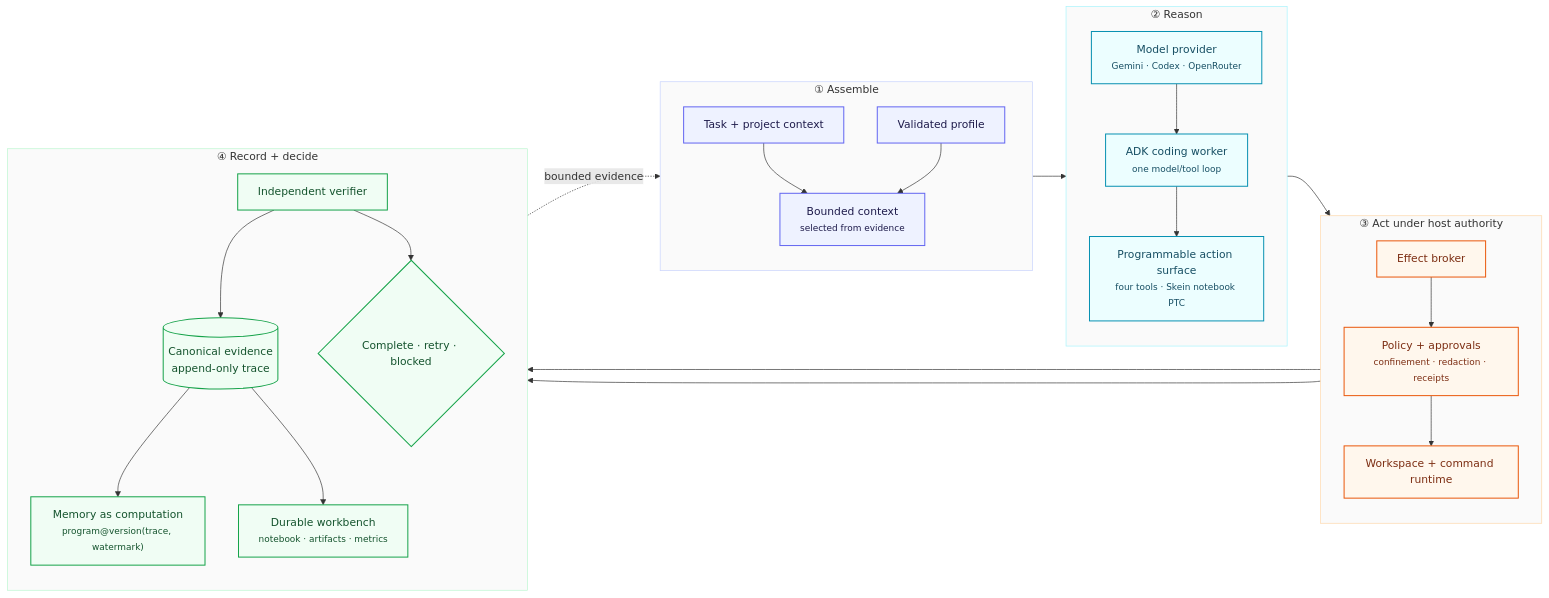
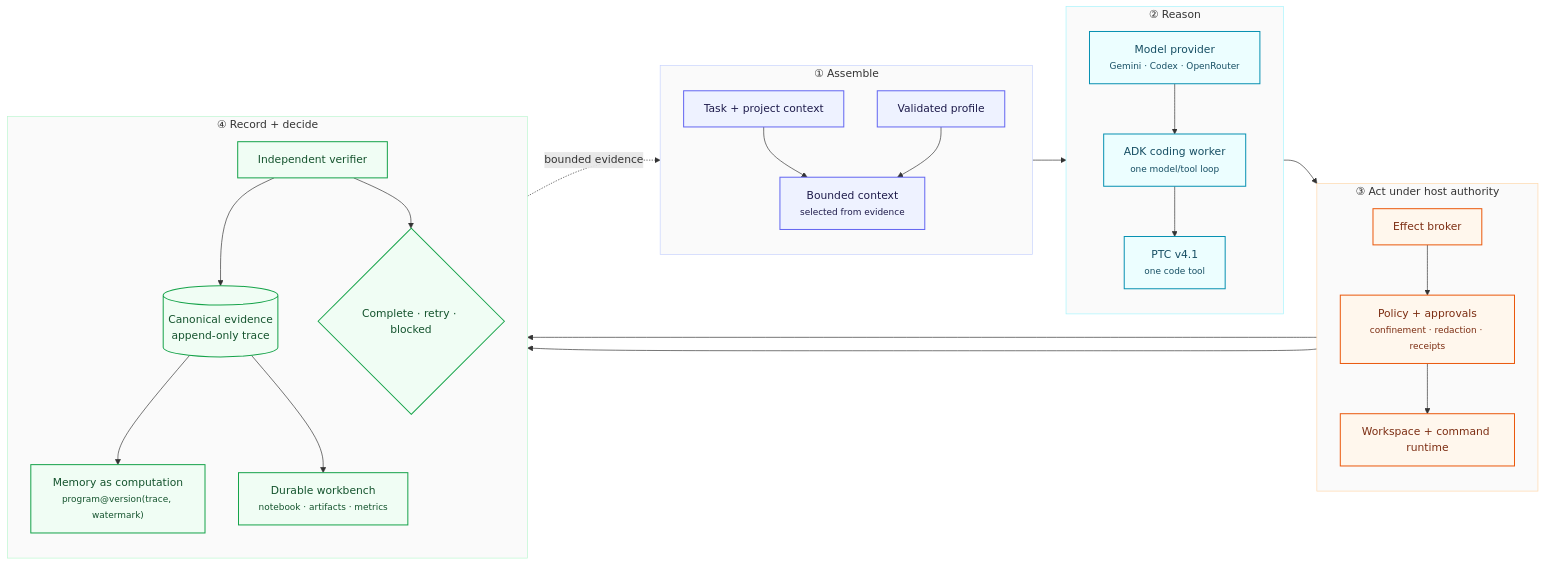
One commit to lmathia2/skein changed the diagram in docs/architecture.md. Above: the diagram before and after it, drawn with Mermaid. The commit also changed other lines of this file and 86 other files, not shown here.

Commit message:
Simplify Skein around ADK-native PTC

````diff
--- a/docs/architecture.md
+++ b/docs/architecture.md
@@ -19,62 +25,62 @@
 ```mermaid
 flowchart LR
     subgraph INPUT["① Assemble"]
         direction TB
         TASK["Task + project context"]
         CFG["Validated profile"]
         CTX["Bounded context<br/><small>selected from evidence</small>"]
         TASK --> CTX
         CFG --> CTX
     end
 
     subgraph CORE["② Reason"]
         direction TB
         MODEL["Model provider<br/><small>Gemini · Codex · OpenRouter</small>"]
         WORKER["ADK coding worker<br/><small>one model/tool loop</small>"]
-        MODE["Programmable action surface<br/><small>four tools · Skein notebook PTC</small>"]
+        MODE["PTC v4.1<br/><small>one code tool</small>"]
         MODEL --> WORKER
         WORKER --> MODE
     end
 
     subgraph CONTROL["③ Act under host authority"]
         direction TB
         BROKER["Effect broker"]
         POLICY["Policy + approvals<br/><small>confinement · redaction · receipts</small>"]
         RUNTIME["Workspace + command runtime"]
         MODE --> BROKER
         BROKER --> POLICY
         POLICY --> RUNTIME
     end
 
     subgraph EVIDENCE["④ Record + decide"]
         direction TB
         TRACE[("Canonical evidence<br/>append-only trace")]
         MEMORY["Memory as computation<br/><small>program@version(trace, watermark)</small>"]
         VIEWS["Durable workbench<br/><small>notebook · artifacts · metrics</small>"]
         VERIFY["Independent verifier"]
         RESULT{"Complete · retry · blocked"}
         TRACE --> MEMORY
         TRACE --> VIEWS
         RUNTIME --> VERIFY
         VERIFY --> RESULT
         VERIFY --> TRACE
     end
 
     CTX --> WORKER
     BROKER --> TRACE
     MEMORY -. "bounded evidence" .-> CTX
 
     classDef input fill:#eef2ff,stroke:#6366f1,color:#1e1b4b,stroke-width:1.5px;
     classDef core fill:#ecfeff,stroke:#0891b2,color:#164e63,stroke-width:1.5px;
     classDef control fill:#fff7ed,stroke:#ea580c,color:#7c2d12,stroke-width:1.5px;
     classDef evidence fill:#f0fdf4,stroke:#16a34a,color:#14532d,stroke-width:1.5px;
     class TASK,CFG,CTX input;
     class MODEL,WORKER,MODE core;
     class BROKER,POLICY,RUNTIME control;
     class TRACE,MEMORY,VIEWS,VERIFY,RESULT evidence;
 
     style INPUT fill:#fafafa,stroke:#c7d2fe,stroke-width:1px
     style CORE fill:#fafafa,stroke:#a5f3fc,stroke-width:1px
     style CONTROL fill:#fafafa,stroke:#fed7aa,stroke-width:1px
     style EVIDENCE fill:#fafafa,stroke:#bbf7d0,stroke-width:1px
 ```
````
